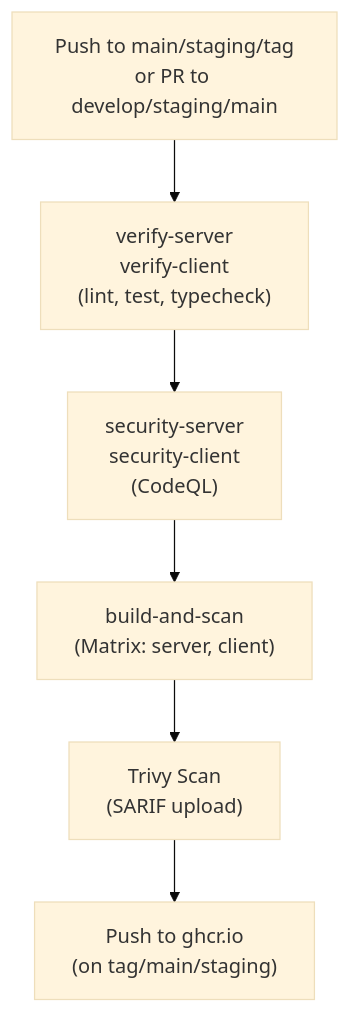
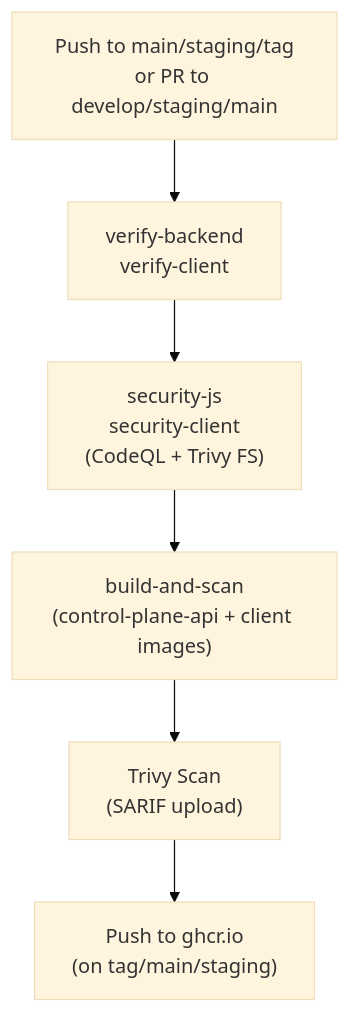
Before and after one commit to dnviti/arsenale: the fourth of 4 diagrams in docs/deployment.md, drawn with Mermaid (base theme). The commit also changed other lines of this file and 300 other files, not shown here.

````diff
--- a/docs/deployment.md
+++ b/docs/deployment.md
@@ -252,9 +248,9 @@
 ```mermaid
 flowchart TD
     Trigger["Push to main/staging/tag\nor PR to develop/staging/main"]
-    Trigger --> Verify["verify-server\nverify-client\n(lint, test, typecheck)"]
-    Verify --> Security["security-server\nsecurity-client\n(CodeQL)"]
-    Security --> Build["build-and-scan\n(Matrix: server, client)"]
+    Trigger --> Verify["verify-backend\nverify-client"]
+    Verify --> Security["security-js\nsecurity-client\n(CodeQL + Trivy FS)"]
+    Security --> Build["build-and-scan\n(control-plane-api + client images)"]
     Build --> Trivy["Trivy Scan\n(SARIF upload)"]
     Trivy --> Push["Push to ghcr.io\n(on tag/main/staging)"]
 ```
````
